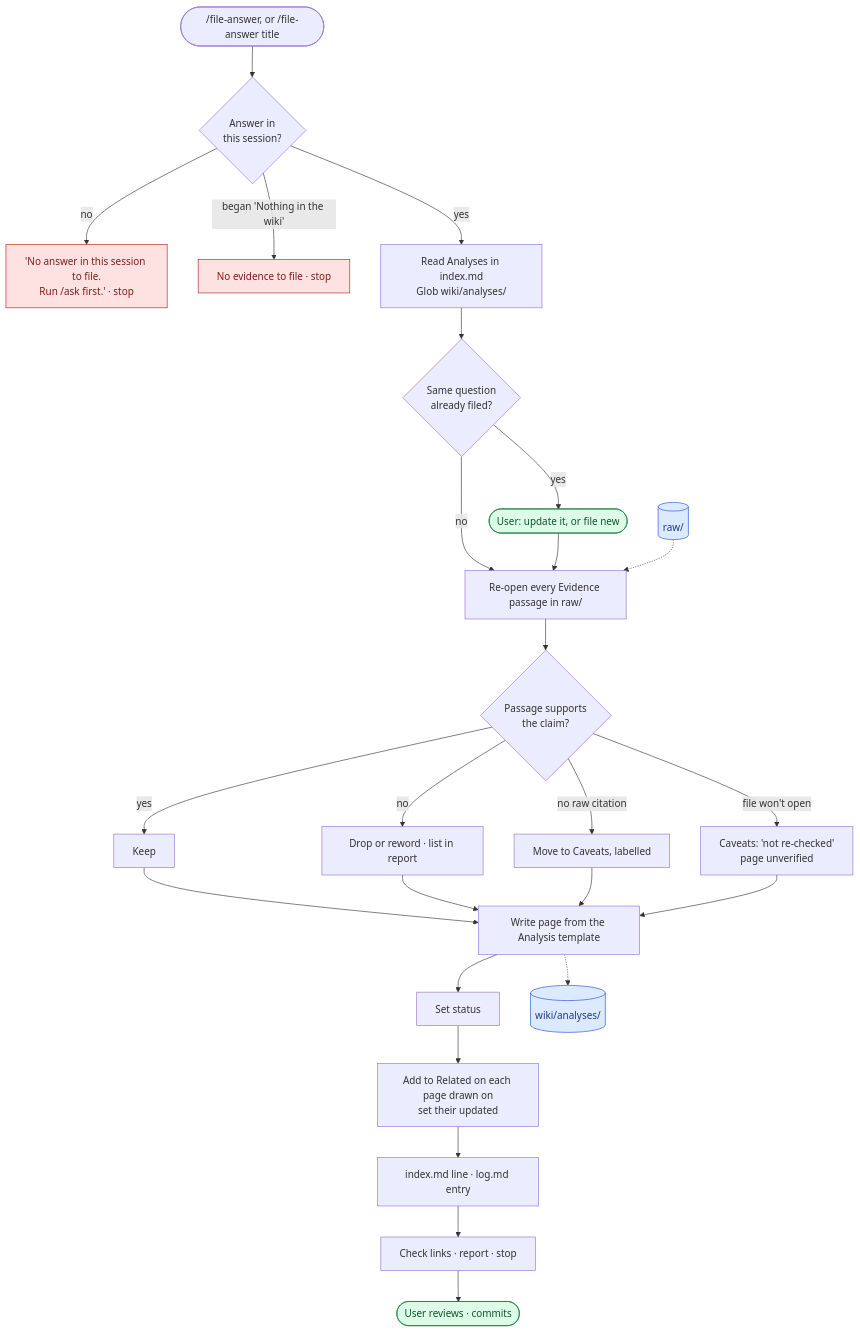
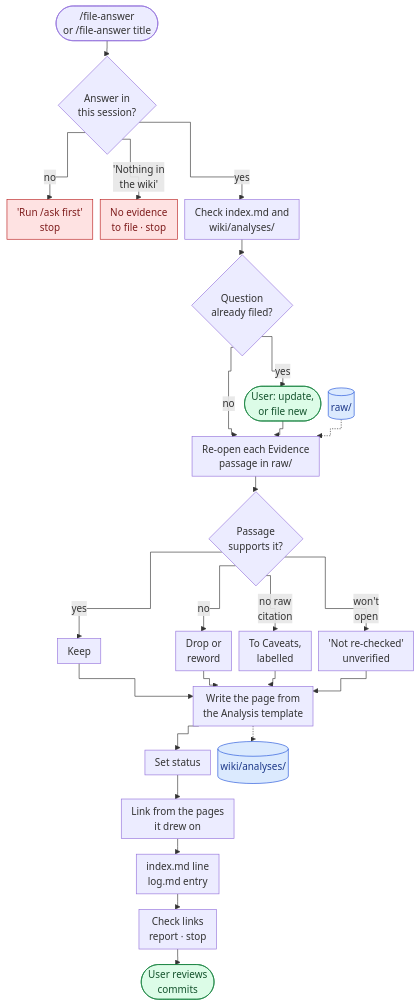
One commit to quocnguyen13/second-brain changed the seventh of 16 diagrams in mine/projects/thinking-system/23 Product Requirements.md. Above: the diagram before and after it, drawn with Mermaid. The commit also changed other lines of this file and 5 other files, not shown here.

````diff
--- a/mine/projects/thinking-system/23 Product Requirements.md
+++ b/mine/projects/thinking-system/23 Product Requirements.md
@@ -533,33 +591,34 @@
 ```mermaid
+%%{init: {"flowchart": {"curve": "step", "useMaxWidth": true, "nodeSpacing": 12, "rankSpacing": 25, "padding": 8, "subGraphTitleMargin": {"top": 4, "bottom": 8}}}}%%
 flowchart TD
-    A(["/file-answer, or /file-answer title"]) --> B{"Answer in<br/>this session?"}
-    B -->|"no"| X1["'No answer in this session to file.<br/>Run /ask first.' · stop"]
-    B -->|"began 'Nothing in the wiki'"| X2["No evidence to file · stop"]
-    B -->|"yes"| C["Read Analyses in index.md<br/>Glob wiki/analyses/"]
-    C --> D{"Same question<br/>already filed?"}
-    D -->|"yes"| D1(["User: update it, or file new"])
+    A(["/file-answer<br/>or /file-answer title"]) --> B{"Answer in<br/>this session?"}
+    B -->|"no"| X1["'Run /ask first'<br/>stop"]
+    B -->|"'Nothing in<br/>the wiki'"| X2["No evidence<br/>to file · stop"]
+    B -->|"yes"| C["Check index.md and<br/>wiki/analyses/"]
+    C --> D{"Question<br/>already filed?"}
+    D -->|"yes"| D1(["User: update,<br/>or file new"])
     D -->|"no"| E
-    D1 --> E["Re-open every Evidence passage in raw/"]
-    E --> F{"Passage supports<br/>the claim?"}
+    D1 --> E["Re-open each Evidence<br/>passage in raw/"]
+    E --> F{"Passage<br/>supports it?"}
     F -->|"yes"| F1["Keep"]
-    F -->|"no"| F2["Drop or reword · list in report"]
-    F -->|"no raw citation"| F3["Move to Caveats, labelled"]
-    F -->|"file won't open"| F4["Caveats: 'not re-checked'<br/>page unverified"]
+    F -->|"no"| F2["Drop or<br/>reword"]
+    F -->|"no raw<br/>citation"| F3["To Caveats,<br/>labelled"]
+    F -->|"won't<br/>open"| F4["'Not re-checked'<br/>unverified"]
     F1 --> G
     F2 --> G
     F3 --> G
-    F4 --> G["Write page from the Analysis template"]
+    F4 --> G["Write the page from<br/>the Analysis template"]
     G --> H["Set status"]
-    H --> I["Add to Related on each page drawn on<br/>set their updated"]
-    I --> J["index.md line · log.md entry"]
-    J --> K["Check links · report · stop"]
-    K --> L(["User reviews · commits"])
+    H --> I["Link from the pages<br/>it drew on"]
+    I --> J["index.md line<br/>log.md entry"]
+    J --> K["Check links<br/>report · stop"]
+    K --> L(["User reviews<br/>commits"])
     RW[("raw/")] -.-> E
     G -.-> WA[("wiki/analyses/")]
     classDef user fill:#dcfce7,stroke:#15803d,color:#14532d
     classDef stop fill:#fee2e2,stroke:#b91c1c,color:#7f1d1d
     classDef store fill:#dbeafe,stroke:#1d4ed8,color:#1e3a8a
     class D1,L user
     class X1,X2 stop
     class RW,WA store
 ```
````
